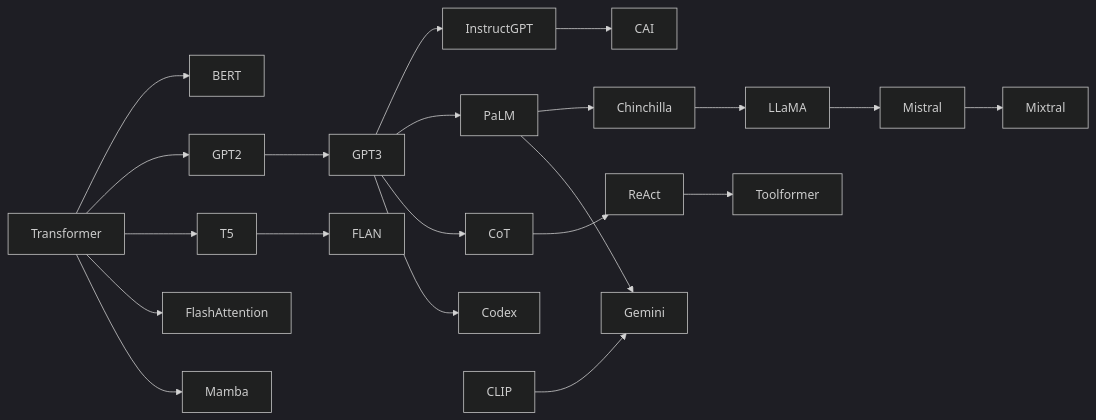
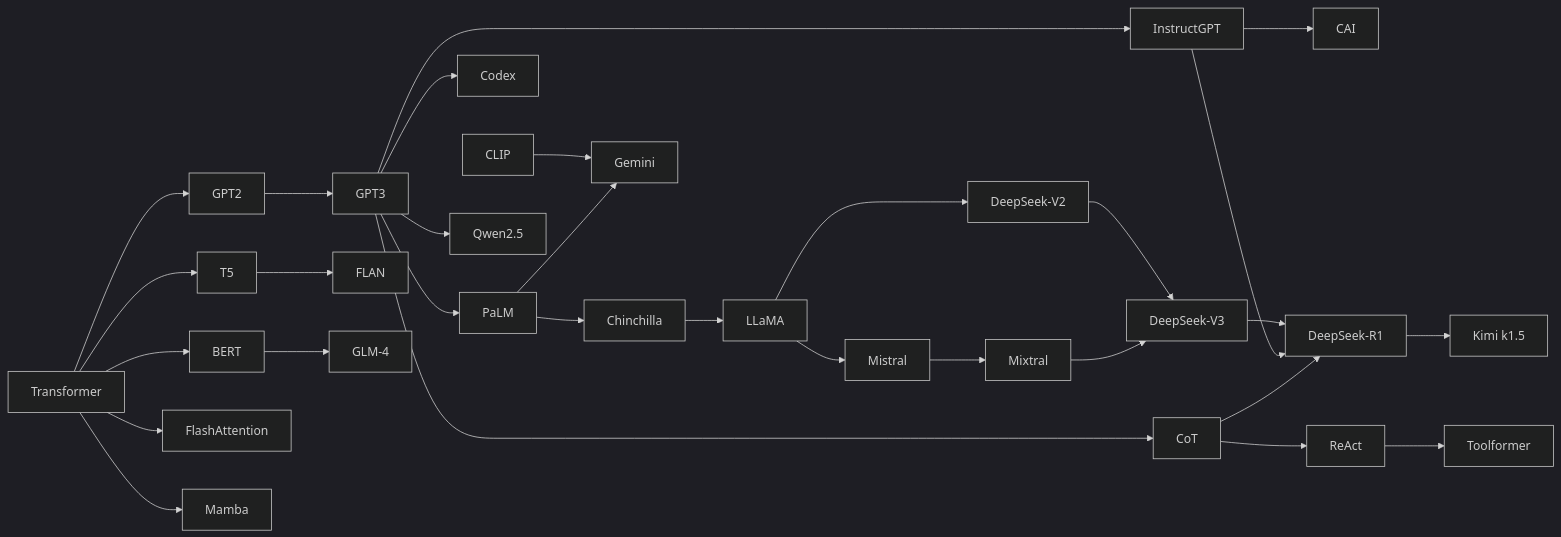
One commit to spawn08/llmbase changed the diagram in docs/06_research_papers/index.md. Above: the diagram before and after it, drawn with Mermaid (dark theme). The commit also changed other lines of this file and 1 other file, not shown here.

Commit message:
Add documentation for recent contributions from Chinese labs, detailing landmark papers from 2024-2025, including DeepSeek-V2, DeepSeek-V3, and ChatGLM/GLM-4. This update enhances the understanding of advancements in reasoning, KV cache efficiency, and MoE training in large language models.

````diff
--- a/docs/06_research_papers/index.md
+++ b/docs/06_research_papers/index.md
@@ -90,13 +106,20 @@
 ```mermaid
 flowchart LR
     T[Transformer] --> BERT & GPT2 & T5
     GPT2 --> GPT3
     GPT3 --> Inst[InstructGPT] & PaLM & CoT & Codex
     Inst --> CAI
     PaLM --> Chinchilla --> LLaMA --> Mistral --> Mixtral
     T5 --> FLAN
     CoT --> ReAct --> Toolformer
     CLIP --> Gemini
     PaLM --> Gemini
     T --> FlashAttention & Mamba
+    LLaMA --> DSV2[DeepSeek-V2] --> DSV3[DeepSeek-V3] --> DSR1[DeepSeek-R1]
+    Mixtral --> DSV3
+    DSR1 --> KimiK15[Kimi k1.5]
+    BERT --> GLM4[GLM-4]
+    GPT3 --> Qwen25[Qwen2.5]
+    Inst --> DSR1
+    CoT --> DSR1
 ```
````
